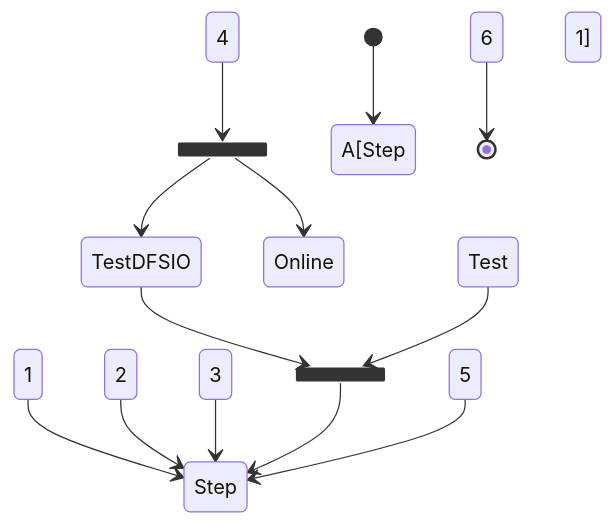
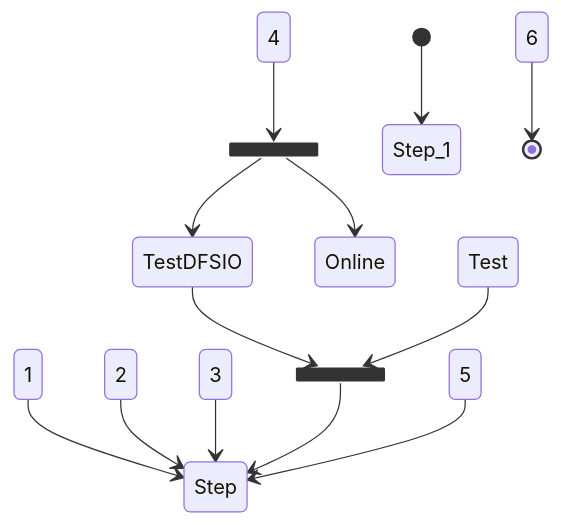
The diagram in doc/Script.md (MaistoV/BSpenaHPQC), drawn with Mermaid before and after one commit.

````diff
--- a/doc/Script.md
+++ b/doc/Script.md
@@ -13,18 +13,18 @@
 ```mermaid
 stateDiagram-v2
     state fork_state <<fork>>
-        [*] --> A[Step 1]
+        [*] --> Step_1
         Step 1 --> Step 2
         Step 2 --> Step 3
         Step 3 --> Step 4
         Step 4 --> fork_state
         fork_state --> TestDFSIO
         fork_state --> Online Test
 
         state join_state <<join>>
         TestDFSIO --> join_state
         Online Test --> join_state
         join_state --> Step 5
         Step 5 --> Step 6
         Step 6 --> [*]
 ```
````
